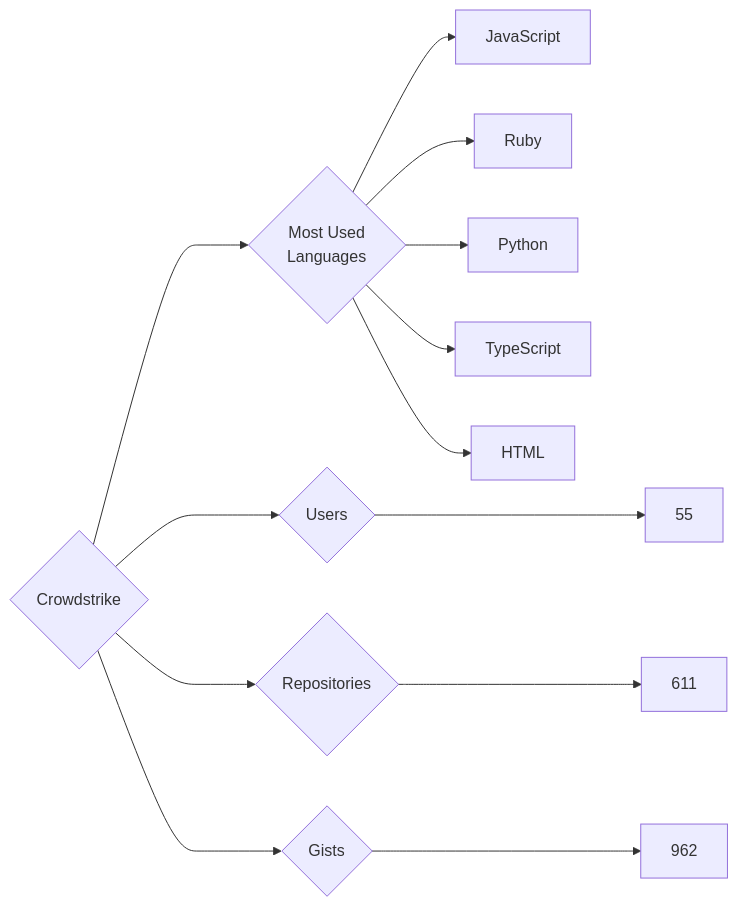
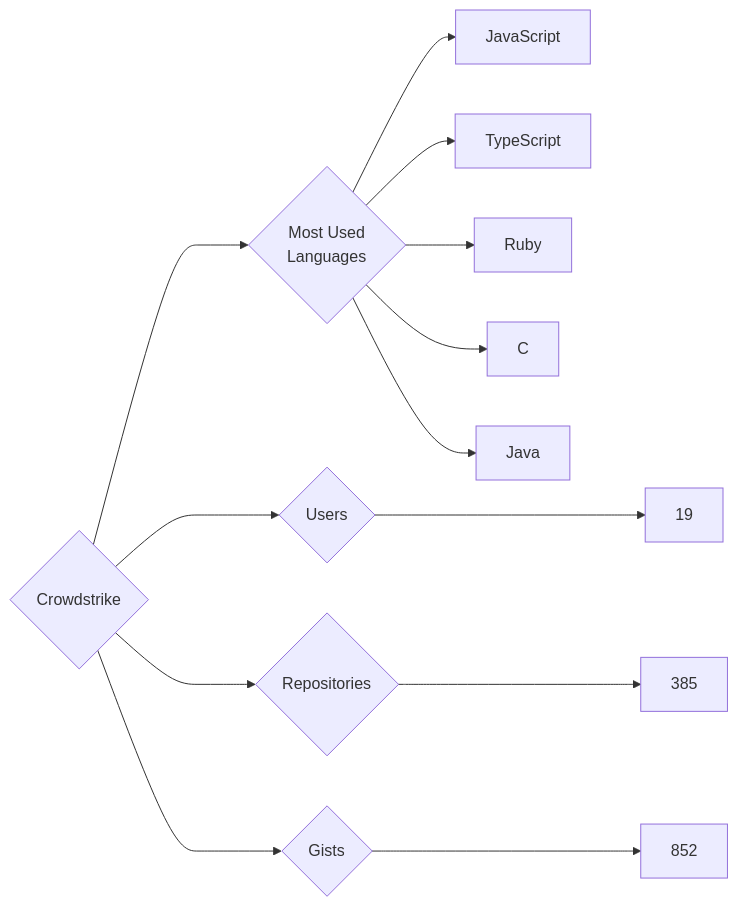
Before and after one commit to trickest/insiders: the diagram in targets/Crowdstrike/README.md, drawn with Mermaid. The commit also changed 676 other files, not shown here.

````diff
--- a/targets/Crowdstrike/README.md
+++ b/targets/Crowdstrike/README.md
@@ -3,13 +3,13 @@
 ```mermaid
 graph LR
 COMPANY_NAME{Crowdstrike}
-COMPANY_NAME ---> U{Users} ---> UN[55]
-COMPANY_NAME ---> R{Repositories} ---> RN[611]
-COMPANY_NAME ---> G{Gists} ---> GN[962]
+COMPANY_NAME ---> U{Users} ---> UN[19]
+COMPANY_NAME ---> R{Repositories} ---> RN[385]
+COMPANY_NAME ---> G{Gists} ---> GN[852]
 COMPANY_NAME ---> ML{Most Used<br>Languages}
 ML --> JavaScript[JavaScript]
+ML --> TypeScript[TypeScript]
 ML --> Ruby[Ruby]
-ML --> Python[Python]
-ML --> TypeScript[TypeScript]
-ML --> HTML[HTML]
+ML --> C[C]
+ML --> Java[Java]
 ```
````
